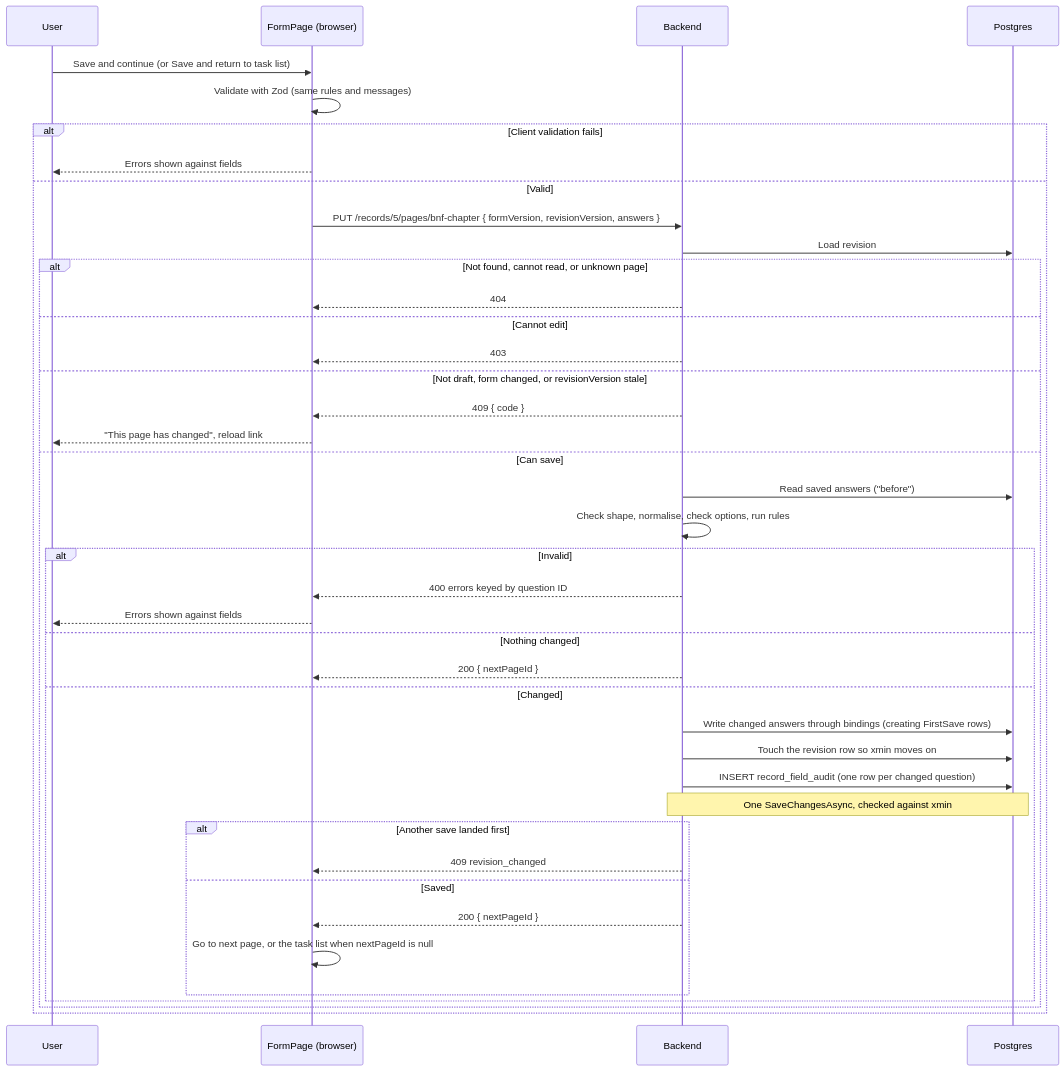
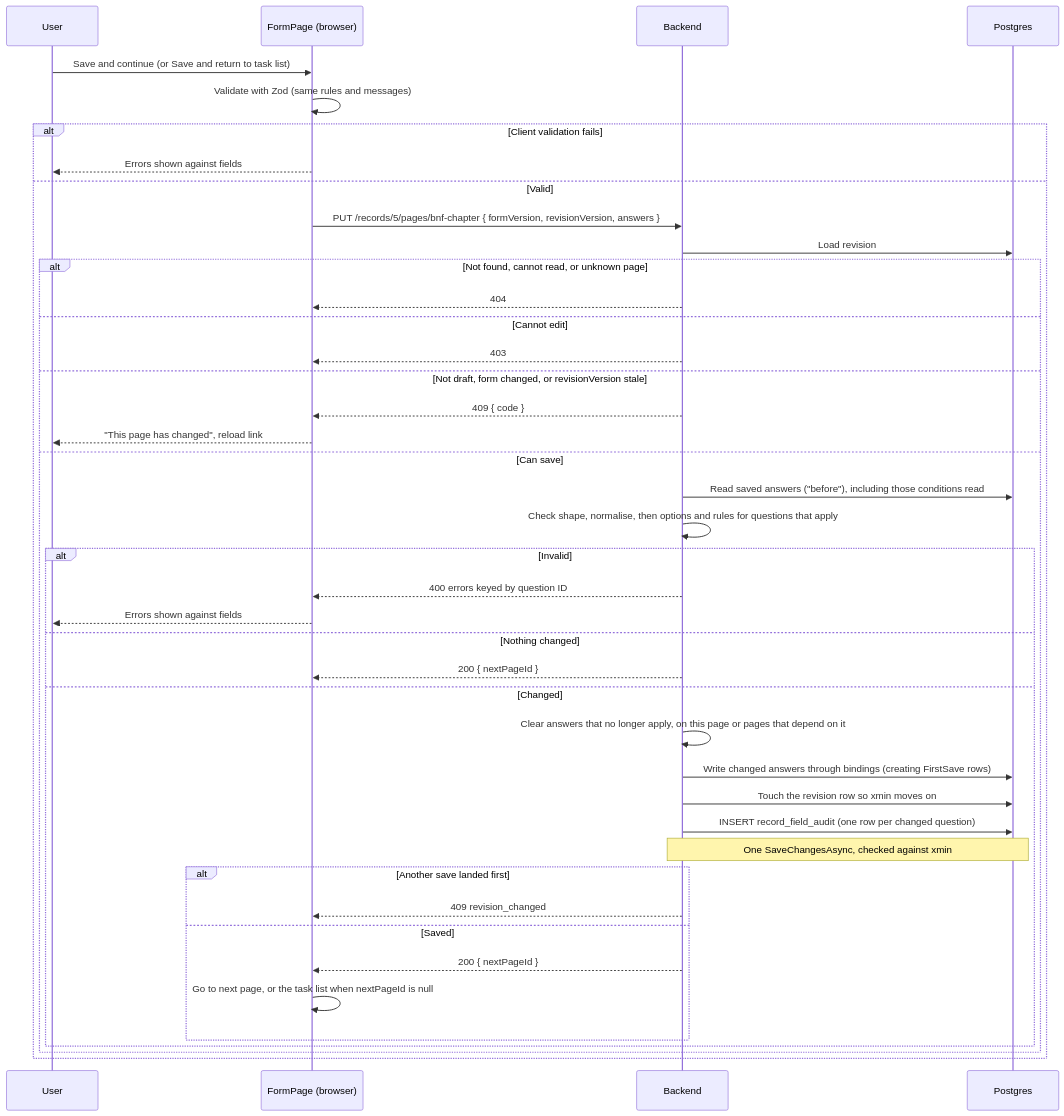
Before and after one commit to ditnice/aws-UKPS: the sixth of 6 diagrams in documentation/form-generation/high-level-design.md, drawn with Mermaid. The commit also changed other lines of this file and 2 other files, not shown here.

````diff
--- a/documentation/form-generation/high-level-design.md
+++ b/documentation/form-generation/high-level-design.md
@@ -477,43 +552,44 @@
 ```mermaid
 sequenceDiagram
     participant U as User
     participant F as FormPage (browser)
     participant B as Backend
     participant P as Postgres
     U->>F: Save and continue (or Save and return to task list)
     F->>F: Validate with Zod (same rules and messages)
     alt Client validation fails
         F-->>U: Errors shown against fields
     else Valid
         F->>B: PUT /records/5/pages/bnf-chapter { formVersion, revisionVersion, answers }
         B->>P: Load revision
         alt Not found, cannot read, or unknown page
             B-->>F: 404
         else Cannot edit
             B-->>F: 403
         else Not draft, form changed, or revisionVersion stale
             B-->>F: 409 { code }
             F-->>U: "This page has changed", reload link
         else Can save
-            B->>P: Read saved answers ("before")
-            B->>B: Check shape, normalise, check options, run rules
+            B->>P: Read saved answers ("before"), including those conditions read
+            B->>B: Check shape, normalise, then options and rules for questions that apply
             alt Invalid
                 B-->>F: 400 errors keyed by question ID
                 F-->>U: Errors shown against fields
             else Nothing changed
                 B-->>F: 200 { nextPageId }
             else Changed
+                B->>B: Clear answers that no longer apply, on this page or pages that depend on it
                 B->>P: Write changed answers through bindings (creating FirstSave rows)
                 B->>P: Touch the revision row so xmin moves on
                 B->>P: INSERT record_field_audit (one row per changed question)
                 Note over B,P: One SaveChangesAsync, checked against xmin
                 alt Another save landed first
                     B-->>F: 409 revision_changed
                 else Saved
                     B-->>F: 200 { nextPageId }
                     F->>F: Go to next page, or the task list when nextPageId is null
                 end
             end
         end
     end
 ```
````
